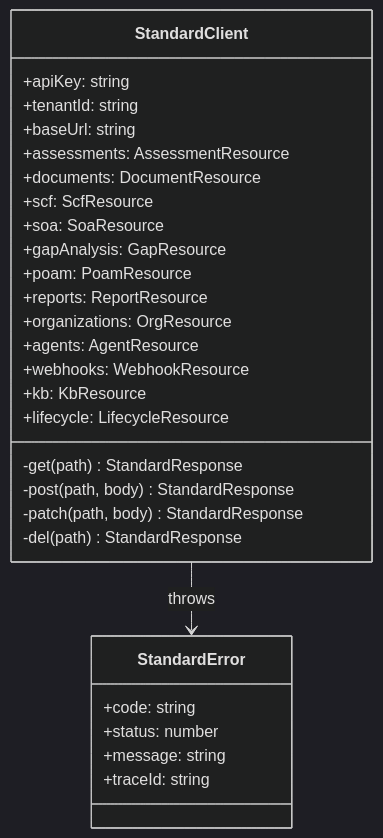
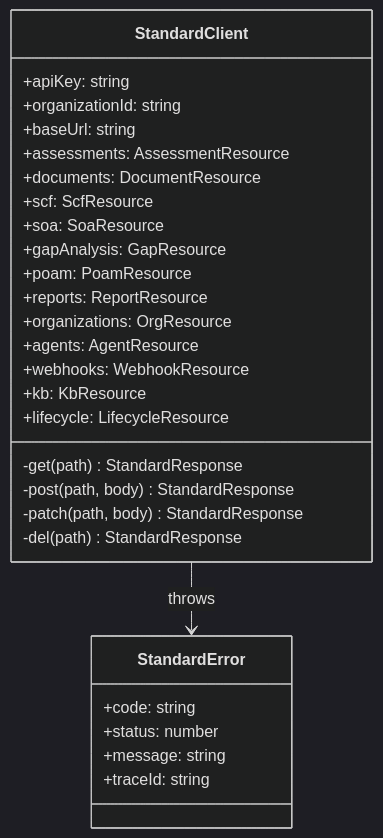
The second of 3 diagrams in apps/docs/src/content/docs/architecture/f8-sdk-cli.md (resper1965/standard-api), drawn with Mermaid (dark theme) before and after one commit. The commit also changed 507 other files, not shown here.

````diff
--- a/apps/docs/src/content/docs/architecture/f8-sdk-cli.md
+++ b/apps/docs/src/content/docs/architecture/f8-sdk-cli.md
@@ -44,33 +44,33 @@
 ```mermaid
 classDiagram
     class StandardClient {
         +apiKey: string
-        +tenantId: string
+        +organizationId: string
         +baseUrl: string
         +assessments: AssessmentResource
         +documents: DocumentResource
         +scf: ScfResource
         +soa: SoaResource
         +gapAnalysis: GapResource
         +poam: PoamResource
         +reports: ReportResource
         +organizations: OrgResource
         +agents: AgentResource
         +webhooks: WebhookResource
         +kb: KbResource
         +lifecycle: LifecycleResource
         -get(path) StandardResponse
         -post(path, body) StandardResponse
         -patch(path, body) StandardResponse
         -del(path) StandardResponse
     }
 
     class StandardError {
         +code: string
         +status: number
         +message: string
         +traceId: string
     }
 
     StandardClient --> StandardError : throws
 ```
````
